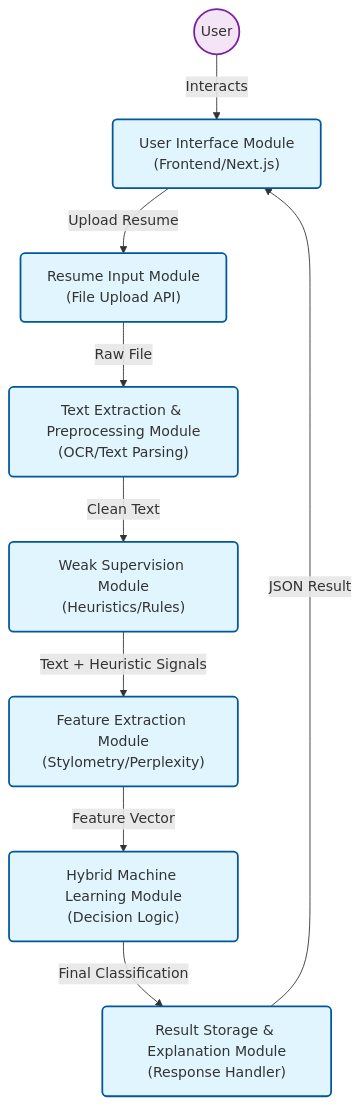
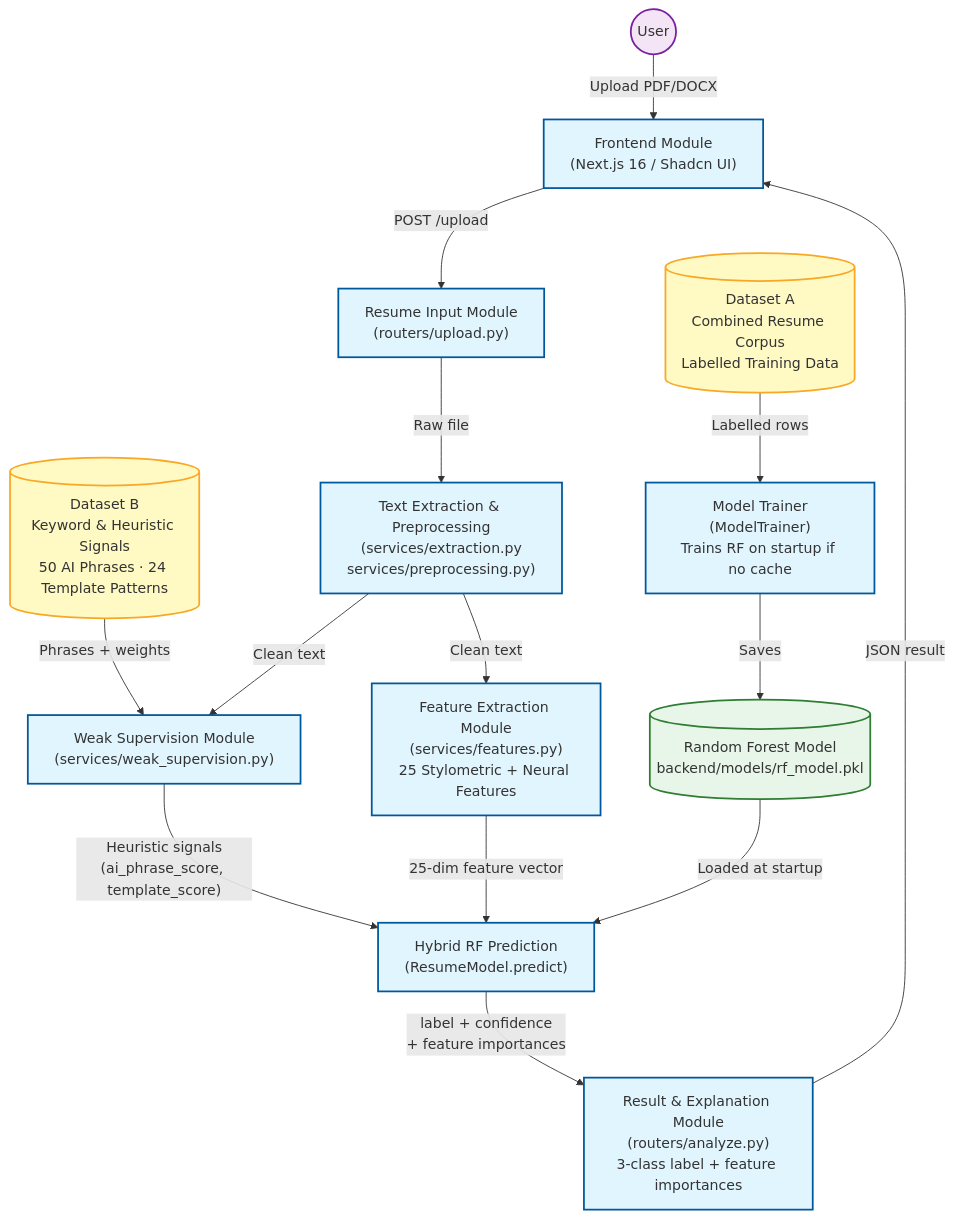
The diagram in ARCHITECTURE.md (Saipreetham0/Sweety_Project), drawn with Mermaid before and after one commit. The commit also changed other lines of this file and 3 other files, not shown here.

Commit message:
docs: Refine architecture documentation with a detailed system diagram and module descriptions, removing outdated research and frontend READMEs.

````diff
--- a/ARCHITECTURE.md
+++ b/ARCHITECTURE.md
@@ -9,29 +7,43 @@
 ```mermaid
 graph TD
-    %% Define Nodes
     User(("User"))
-    UI["User Interface Module<br/>(Frontend/Next.js)"]
-    Input["Resume Input Module<br/>(File Upload API)"]
-    Extract["Text Extraction & Preprocessing Module<br/>(OCR/Text Parsing)"]
-    WeakSup["Weak Supervision Module<br/>(Heuristics/Rules)"]
-    Features["Feature Extraction Module<br/>(Stylometry/Perplexity)"]
-    HybridML["Hybrid Machine Learning Module<br/>(Decision Logic)"]
-    Storage["Result Storage & Explanation Module<br/>(Response Handler)"]
+    UI["Frontend Module\n(Next.js 16 / Shadcn UI)"]
+    Upload["Resume Input Module\n(routers/upload.py)"]
+    Extract["Text Extraction & Preprocessing\n(services/extraction.py\nservices/preprocessing.py)"]
 
-    %% Define Flow
-    User -->|Interacts| UI
-    UI -->|Upload Resume| Input
-    Input -->|Raw File| Extract
-    Extract -->|Clean Text| WeakSup
-    WeakSup -->|Text + Heuristic Signals| Features
-    Features -->|Feature Vector| HybridML
-    HybridML -->|Final Classification| Storage
-    Storage -->|JSON Result| UI
+    DatasetB[("Dataset B\nKeyword & Heuristic Signals\n50 AI Phrases · 24 Template Patterns")]
+    WeakSup["Weak Supervision Module\n(services/weak_supervision.py)"]
 
-    %% Styles
-    classDef module fill:#e1f5fe,stroke:#01579b,stroke-width:2px,rx:5,ry:5;
+    Features["Feature Extraction Module\n(services/features.py)\n25 Stylometric + Neural Features"]
+
+    DatasetA[("Dataset A\nCombined Resume Corpus\nLabelled Training Data")]
+    Trainer["Model Trainer\n(ModelTrainer)\nTrains RF on startup if no cache"]
+    RFModel[("Random Forest Model\nbackend/models/rf_model.pkl")]
+
+    Predict["Hybrid RF Prediction\n(ResumeModel.predict)"]
+    Response["Result & Explanation Module\n(routers/analyze.py)\n3-class label + feature importances"]
+
+    User -->|"Upload PDF/DOCX"| UI
+    UI -->|"POST /upload"| Upload
+    Upload -->|"Raw file"| Extract
+    DatasetB -->|"Phrases + weights"| WeakSup
+    Extract -->|"Clean text"| WeakSup
+    Extract -->|"Clean text"| Features
+    WeakSup -->|"Heuristic signals\n(ai_phrase_score, template_score)"| Predict
+    Features -->|"25-dim feature vector"| Predict
+    DatasetA -->|"Labelled rows"| Trainer
+    Trainer -->|"Saves"| RFModel
+    RFModel -->|"Loaded at startup"| Predict
+    Predict -->|"label + confidence\n+ feature importances"| Response
+    Response -->|"JSON result"| UI
+
+    classDef module fill:#e1f5fe,stroke:#01579b,stroke-width:2px;
+    classDef data fill:#fff9c4,stroke:#f9a825,stroke-width:2px;
     classDef actor fill:#f3e5f5,stroke:#7b1fa2,stroke-width:2px;
+    classDef storage fill:#e8f5e9,stroke:#2e7d32,stroke-width:2px;
 
-    class UI,Input,Extract,WeakSup,Features,HybridML,Storage module;
+    class UI,Upload,Extract,WeakSup,Features,Trainer,Predict,Response module;
+    class DatasetA,DatasetB data;
     class User actor;
+    class RFModel storage;
 ```
````
